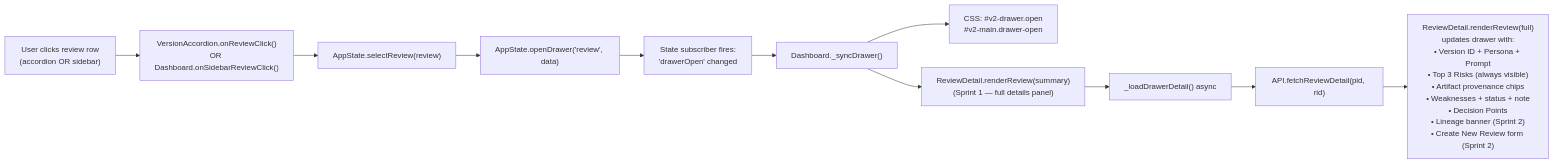
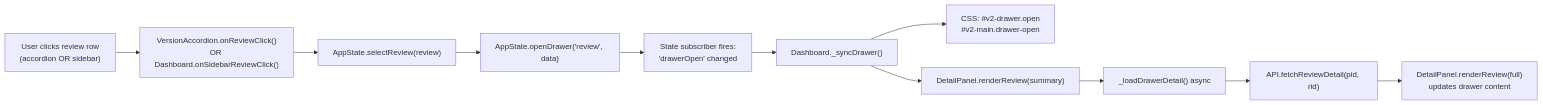
Before and after one commit to LoneWolfDen/Project_Delivery_Accelerator_Engine: the fourth of 6 diagrams in docs/architecture/application_flow.md, drawn with Mermaid. The commit also changed other lines of this file and 33 other files, not shown here.

````diff
--- a/docs/architecture/application_flow.md
+++ b/docs/architecture/application_flow.md
@@ -95,13 +86,13 @@
 ```mermaid
 flowchart LR
     R1["User clicks review row<br/>(accordion OR sidebar)"] --> R2["VersionAccordion.onReviewClick()<br/>OR Dashboard.onSidebarReviewClick()"]
     R2 --> R3["AppState.selectReview(review)"]
     R3 --> R4["AppState.openDrawer('review', data)"]
     R4 --> R5["State subscriber fires:<br/>'drawerOpen' changed"]
     R5 --> R6["Dashboard._syncDrawer()"]
     R6 --> R7["CSS: #v2-drawer.open<br/>#v2-main.drawer-open"]
-    R6 --> R8["ReviewDetail.renderReview(summary)<br/>(Sprint 1 — full details panel)"]
+    R6 --> R8["DetailPanel.renderReview(summary)"]
     R8 --> R9["_loadDrawerDetail() async"]
     R9 --> R10["API.fetchReviewDetail(pid, rid)"]
-    R10 --> R11["ReviewDetail.renderReview(full)<br/>updates drawer with:<br/>• Version ID + Persona + Prompt<br/>• Top 3 Risks (always visible)<br/>• Artifact provenance chips<br/>• Weaknesses + status + note<br/>• Decision Points<br/>• Lineage banner (Sprint 2)<br/>• Create New Review form (Sprint 2)"]
+    R10 --> R11["DetailPanel.renderReview(full)<br/>updates drawer content"]
 ```
````
